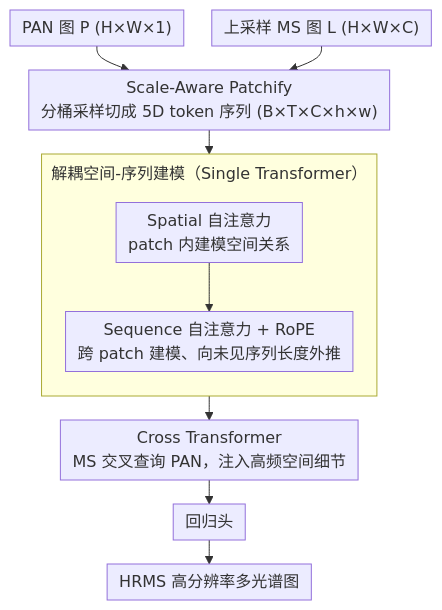
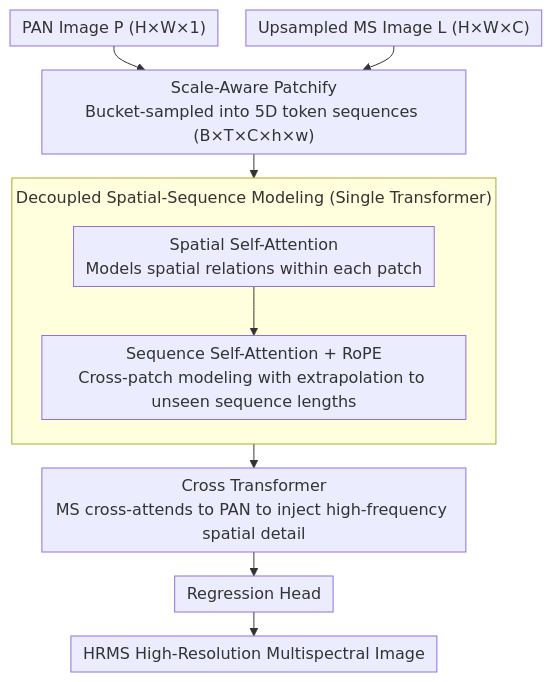
Before and after one commit to zhaoyang97/Paper-Notes-en: the diagram in docs/CVPR2026/remote_sensing/cross-scale_pansharpening_via_scaleformer_and_the_panscale_benchmark.md, drawn with Mermaid. The commit also changed 644 other files, not shown here.

````diff
--- a/docs/CVPR2026/remote_sensing/cross-scale_pansharpening_via_scaleformer_and_the_panscale_benchmark.md
+++ b/docs/CVPR2026/remote_sensing/cross-scale_pansharpening_via_scaleformer_and_the_panscale_benchmark.md
@@ -47,14 +47,14 @@
 ```mermaid
 %%{init: {'flowchart': {'rankSpacing': 24, 'nodeSpacing': 28, 'padding': 6, 'wrappingWidth': 400, 'subGraphTitleMargin': {'top': 8, 'bottom': 16}}}}%%
 flowchart TD
-    P["PAN 图 P (H×W×1)"] --> SAP
-    L["上采样 MS 图 L (H×W×C)"] --> SAP
-    SAP["Scale-Aware Patchify<br/>分桶采样切成 5D token 序列 (B×T×C×h×w)"] --> ST
-    subgraph ST["解耦空间-序列建模（Single Transformer）"]
+    P["PAN Image P (H×W×1)"] --> SAP
+    L["Upsampled MS Image L (H×W×C)"] --> SAP
+    SAP["Scale-Aware Patchify<br/>Bucket-sampled into 5D token sequences (B×T×C×h×w)"] --> ST
+    subgraph ST["Decoupled Spatial-Sequence Modeling (Single Transformer)"]
         direction TB
-        SPA["Spatial 自注意力<br/>patch 内建模空间关系"] --> SEQ["Sequence 自注意力 + RoPE<br/>跨 patch 建模、向未见序列长度外推"]
+        SPA["Spatial Self-Attention<br/>Models spatial relations within each patch"] --> SEQ["Sequence Self-Attention + RoPE<br/>Cross-patch modeling with extrapolation to unseen sequence lengths"]
     end
-    ST --> CT["Cross Transformer<br/>MS 交叉查询 PAN，注入高频空间细节"]
-    CT --> HEAD["回归头"]
-    HEAD --> OUT["HRMS 高分辨率多光谱图"]
+    ST --> CT["Cross Transformer<br/>MS cross-attends to PAN to inject high-frequency spatial detail"]
+    CT --> HEAD["Regression Head"]
+    HEAD --> OUT["HRMS High-Resolution Multispectral Image"]
 ```
````
